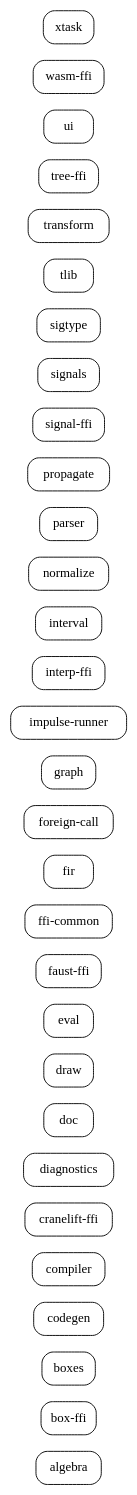
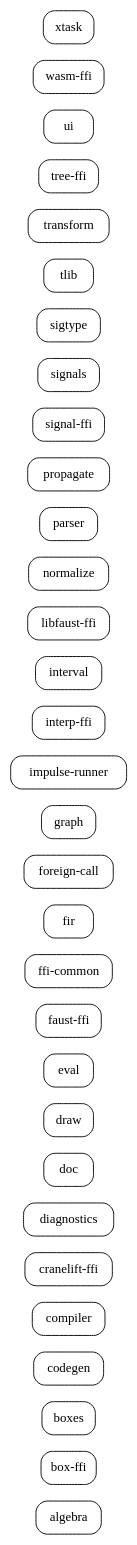
Before and after one commit to grame-cncm/faust-rs: the diagram in docs/code-graphs/workspace-crates.dot, drawn with Graphviz. The commit also changed 16 other files, not shown here.

First line of the commit message:
Gate the checked-in code graphs with a public-API baseline

```diff
--- a/docs/code-graphs/workspace-crates.dot
+++ b/docs/code-graphs/workspace-crates.dot
@@ -1,34 +1,35 @@
 digraph workspace_crates {
     rankdir=LR;
     node [shape=box, style="rounded"];
     "algebra";
     "box-ffi";
     "boxes";
     "codegen";
     "compiler";
     "cranelift-ffi";
     "diagnostics";
     "doc";
     "draw";
     "eval";
     "faust-ffi";
     "ffi-common";
     "fir";
     "foreign-call";
     "graph";
     "impulse-runner";
     "interp-ffi";
     "interval";
+    "libfaust-ffi";
     "normalize";
     "parser";
     "propagate";
     "signal-ffi";
     "signals";
     "sigtype";
     "tlib";
     "transform";
     "tree-ffi";
     "ui";
     "wasm-ffi";
     "xtask";
 }
```
